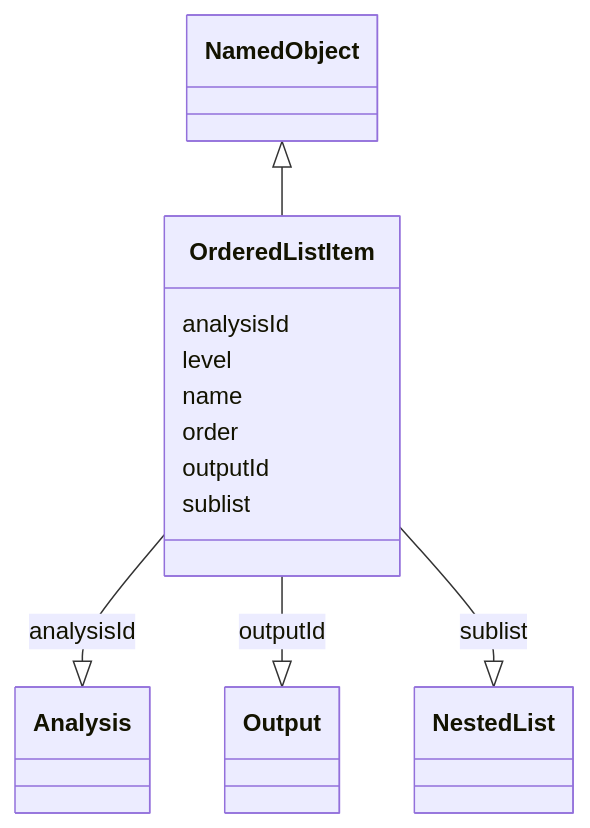
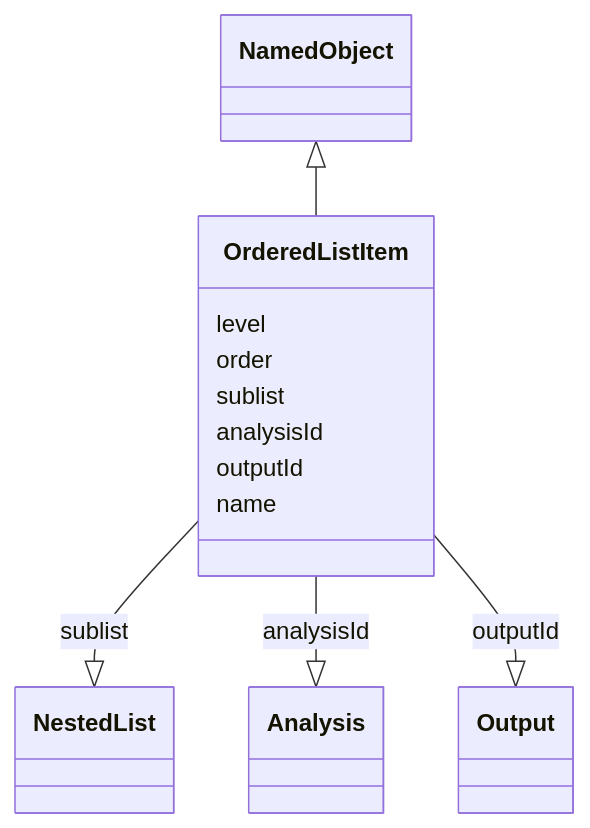
Before and after one commit to cdisc-org/analysis-results-standard: the diagram in project/docs/OrderedListItem.md, drawn with Mermaid. The commit also changed other lines of this file and 192 other files, not shown here.

````diff
--- a/project/docs/OrderedListItem.md
+++ b/project/docs/OrderedListItem.md
@@ -15,25 +13,16 @@
 ```mermaid
  classDiagram
     class OrderedListItem
       NamedObject <|-- OrderedListItem
-      
-      OrderedListItem : analysisId
+
+      OrderedListItem : level
+        OrderedListItem : order
+        OrderedListItem : sublist
+        OrderedListItem --|> NestedList : sublist
+        OrderedListItem : analysisId
+        OrderedListItem --|> Analysis : analysisId
+        OrderedListItem : outputId
+        OrderedListItem --|> Output : outputId
+        OrderedListItem : name
         
-          OrderedListItem --|> Analysis : analysisId
-        
-      OrderedListItem : level
-        
-      OrderedListItem : name
-        
-      OrderedListItem : order
-        
-      OrderedListItem : outputId
-        
-          OrderedListItem --|> Output : outputId
-        
-      OrderedListItem : sublist
-        
-          OrderedListItem --|> NestedList : sublist
-        
-      
 ```
````
